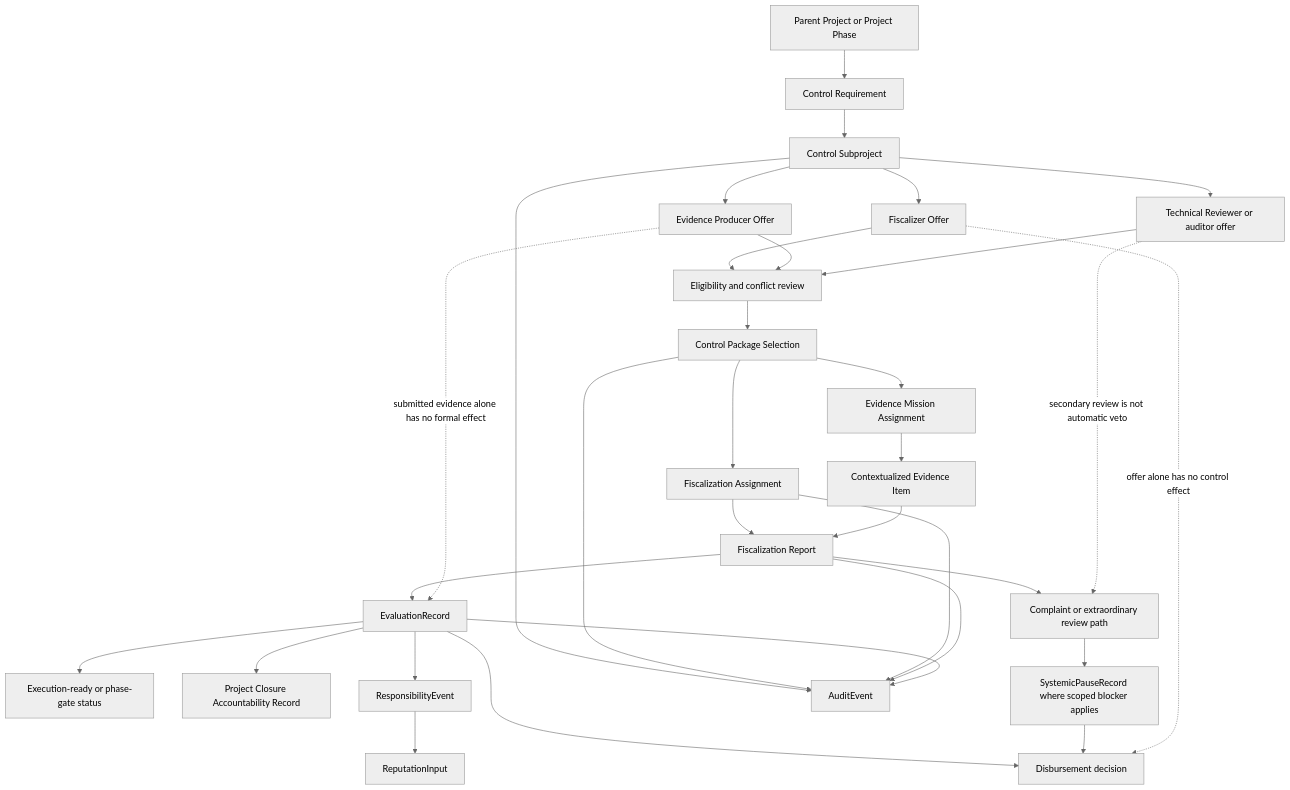
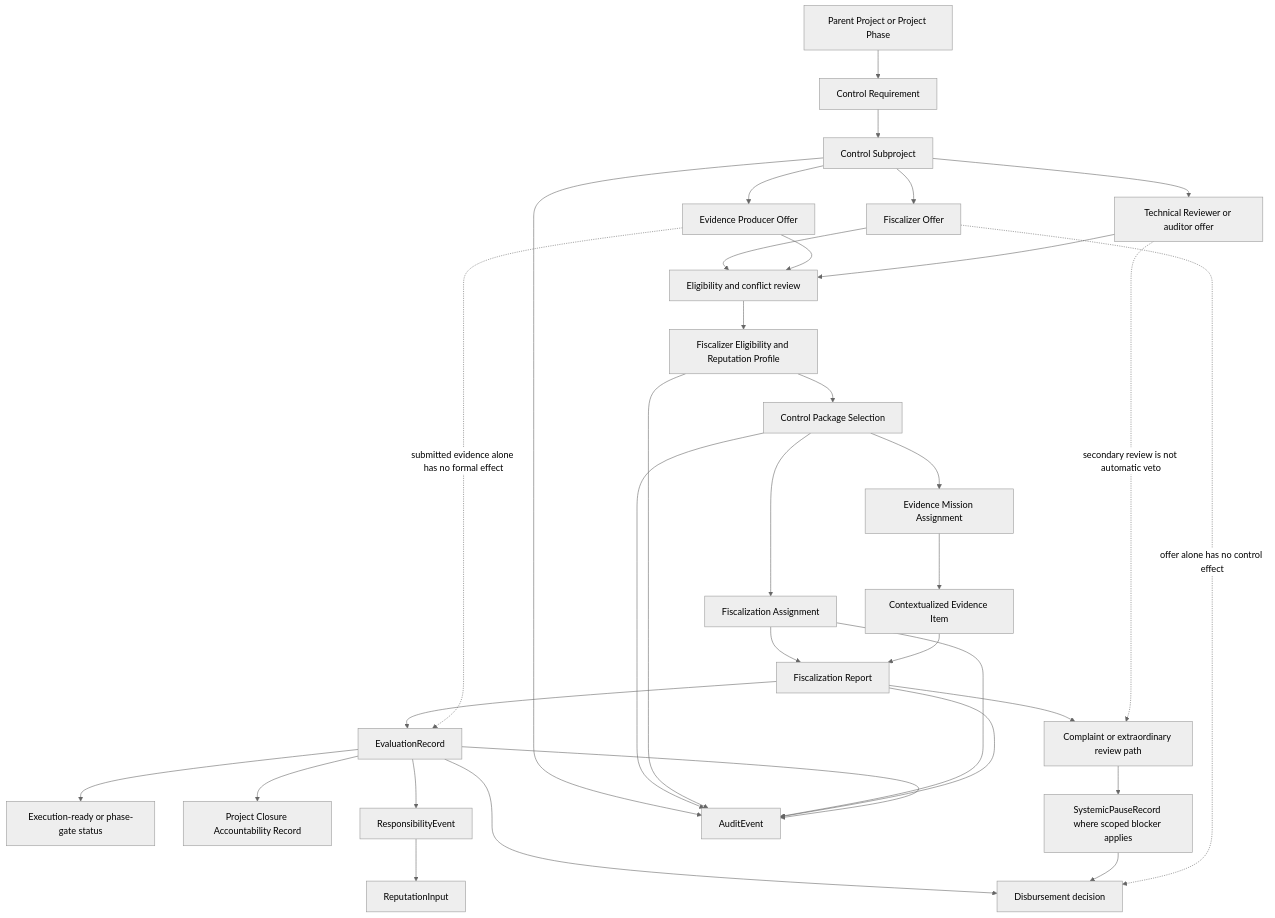
The third of 3 diagrams in docs/diagrams/v0-control-subproject-fiscalization-assignment-state.md (moffermann/distributed-governance-research), drawn with Mermaid (neutral theme) before and after one commit. The commit also changed other lines of this file and 36 other files, not shown here.

````diff
--- a/docs/diagrams/v0-control-subproject-fiscalization-assignment-state.md
+++ b/docs/diagrams/v0-control-subproject-fiscalization-assignment-state.md
@@ -163,57 +168,60 @@
 ```mermaid
 flowchart TD
     PP[Parent Project or Project Phase]
     CR[Control Requirement]
     CS[Control Subproject]
     FO[Fiscalizer Offer]
+    FERP[Fiscalizer Eligibility and Reputation Profile]
     EO[Evidence Producer Offer]
     TR[Technical Reviewer or auditor offer]
     ECR[Eligibility and conflict review]
     CPS[Control Package Selection]
     FA[Fiscalization Assignment]
     EMA[Evidence Mission Assignment]
     CEI[Contextualized Evidence Item]
     FR[Fiscalization Report]
     ER[EvaluationRecord]
     DIS[Disbursement decision]
     GATE[Execution-ready or phase-gate status]
     CL[Project Closure Accountability Record]
     SPR[SystemicPauseRecord where scoped blocker applies]
     COMP[Complaint or extraordinary review path]
     RE[ResponsibilityEvent]
     RI[ReputationInput]
     AUD[AuditEvent]
 
     PP --> CR
     CR --> CS
     CS --> FO
     CS --> EO
     CS --> TR
     FO --> ECR
     EO --> ECR
     TR --> ECR
-    ECR --> CPS
+    ECR --> FERP
+    FERP --> CPS
     CPS --> FA
     CPS --> EMA
     FA --> FR
     EMA --> CEI
     CEI --> FR
     FR --> ER
     ER --> DIS
     ER --> GATE
     ER --> CL
     ER --> RE
     RE --> RI
     FR --> COMP
     COMP --> SPR
     SPR --> DIS
     CS --> AUD
     CPS --> AUD
+    FERP --> AUD
     FA --> AUD
     FR --> AUD
     ER --> AUD
 
     FO -. offer alone has no control effect .-> DIS
     EO -. submitted evidence alone has no formal effect .-> ER
     TR -. secondary review is not automatic veto .-> COMP
 ```
````
